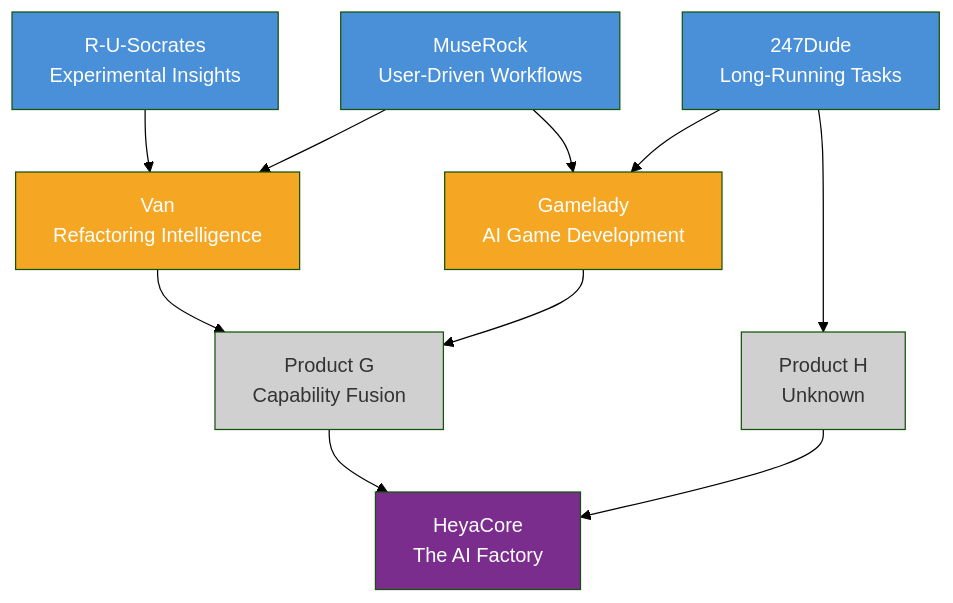
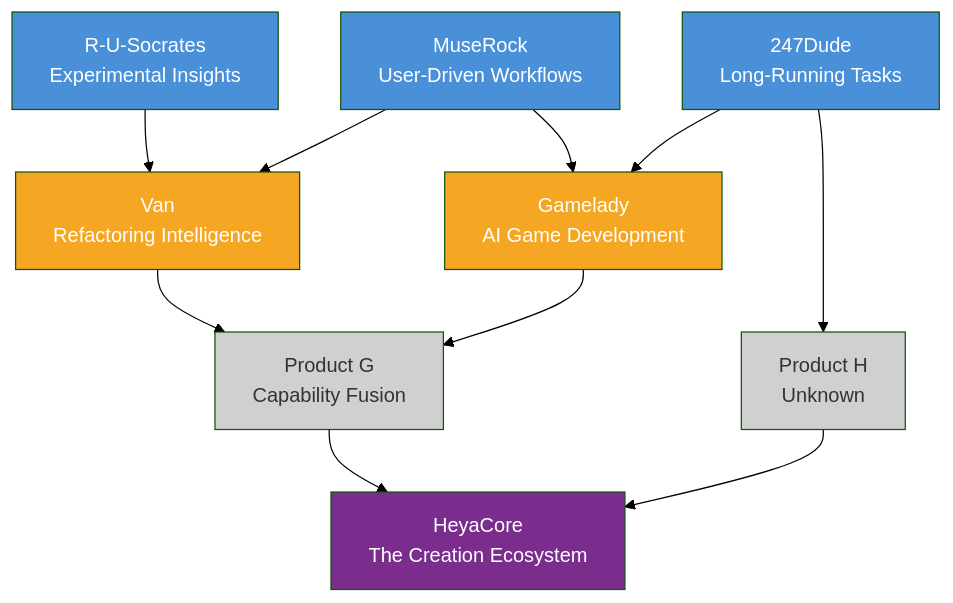
Before and after one commit to zbbsdsb/HeyaLab: the first of 2 diagrams in ROADMAP.md, drawn with Mermaid (forest theme). The commit also changed other lines of this file and 12 other files, not shown here.

First line of the commit message:
docs: shift paradigm from AI Factory to Hearth+Hey ecosystem

````diff
--- a/ROADMAP.md
+++ b/ROADMAP.md
@@ -11,21 +11,21 @@
 ```mermaid
 graph TD
     RUS[R-U-Socrates<br/>Experimental Insights] --> Van[Van<br/>Refactoring Intelligence]
     MR[MuseRock<br/>User-Driven Workflows] --> Van
     MR --> G[Gamelady<br/>AI Game Development]
     TD[247Dude<br/>Long-Running Tasks] --> G
     Van --> H[Product G<br/>Capability Fusion]
     G --> H
-    H --> HC[HeyaCore<br/>The AI Factory]
+    H --> HC[HeyaCore<br/>The Creation Ecosystem]
     TD --> I[Product H<br/>Unknown]
     I --> HC
 
     style RUS fill:#4a90d9,color:#fff
     style MR fill:#4a90d9,color:#fff
     style TD fill:#4a90d9,color:#fff
     style Van fill:#f5a623,color:#fff
     style G fill:#f5a623,color:#fff
     style H fill:#d0d0d0,color:#333
     style I fill:#d0d0d0,color:#333
     style HC fill:#7b2d8e,color:#fff
 ```
````
